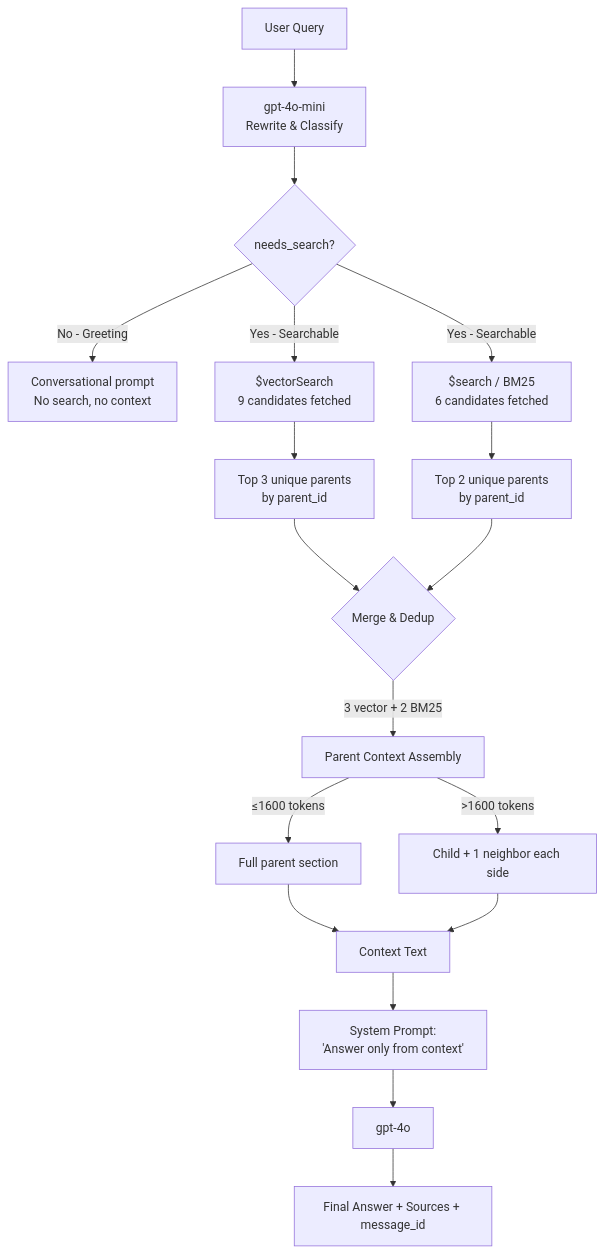
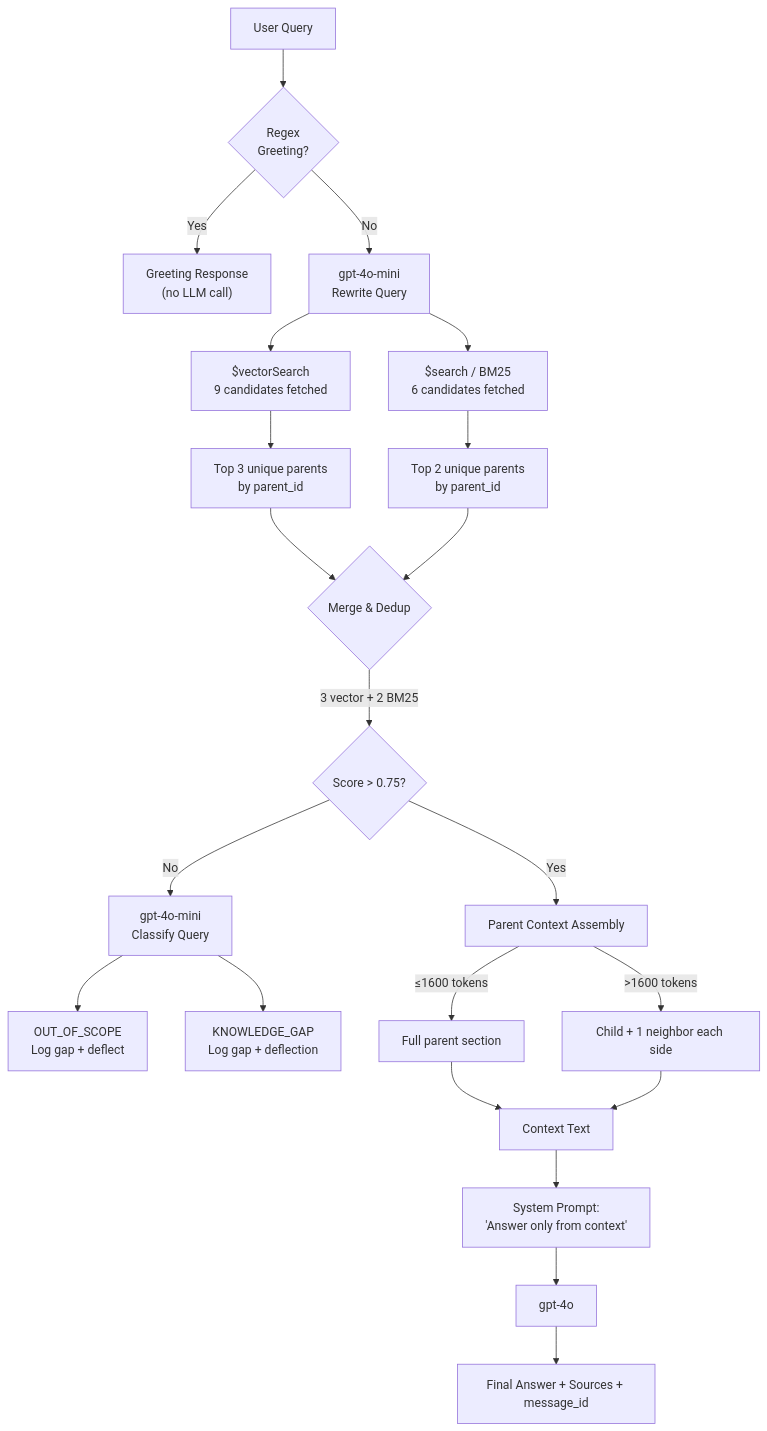
Before and after one commit to Himanshu-Jha-rgb/AI_Chatbot_widget: the fourth of 6 diagrams in README.md, drawn with Mermaid. The commit also changed other lines of this file and 5 other files, not shown here.

Commit message:
feat: implement business description auto-generation and query classification for improved knowledge gap detection.

````diff
--- a/README.md
+++ b/README.md
@@ -110,27 +120,33 @@
 ```mermaid
 flowchart TD
-    Q[User Query] --> RW[gpt-4o-mini<br/>Rewrite & Classify]
-    RW --> C{needs_search?}
+    Q[User Query] --> RG{Regex<br/>Greeting?}
+    RG -->|Yes| GR["Greeting Response<br/>(no LLM call)"]
+    RG -->|No| RW[gpt-4o-mini<br/>Rewrite Query]
     
-    C -->|No - Greeting| GP["Conversational prompt<br/>No search, no context"]
-    C -->|Yes - Searchable| VE["$vectorSearch<br/>9 candidates fetched"]
-    C -->|Yes - Searchable| BE["$search / BM25<br/>6 candidates fetched"]
+    RW --> VE["$vectorSearch<br/>9 candidates fetched"]
+    RW --> BE["$search / BM25<br/>6 candidates fetched"]
     
     VE --> VG[Top 3 unique parents<br/>by parent_id]
     BE --> BG[Top 2 unique parents<br/>by parent_id]
     
     VG --> Merge{Merge & Dedup}
     BG --> Merge
     
-    Merge -->|3 vector + 2 BM25| PA[Parent Context Assembly]
+    Merge -->|3 vector + 2 BM25| SC{Score > 0.75?}
+    
+    SC -->|Yes| PA[Parent Context Assembly]
+    SC -->|No| CL[gpt-4o-mini<br/>Classify Query]
+    
+    CL --> OOS[OUT_OF_SCOPE<br/>Log gap + deflect]
+    CL --> KG[KNOWLEDGE_GAP<br/>Log gap + deflection]
     
     PA -->|≤1600 tokens| FS[Full parent section]
     PA -->|>1600 tokens| CW[Child + 1 neighbor each side]
     
     FS --> CTX[Context Text]
     CW --> CTX
     
     CTX --> SP["System Prompt:<br/>'Answer only from context'"]
     SP --> LLM[gpt-4o]
     LLM --> ANS[Final Answer + Sources + message_id]
 ```
````
